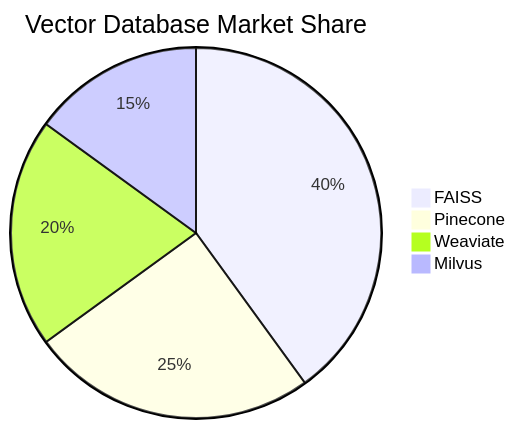
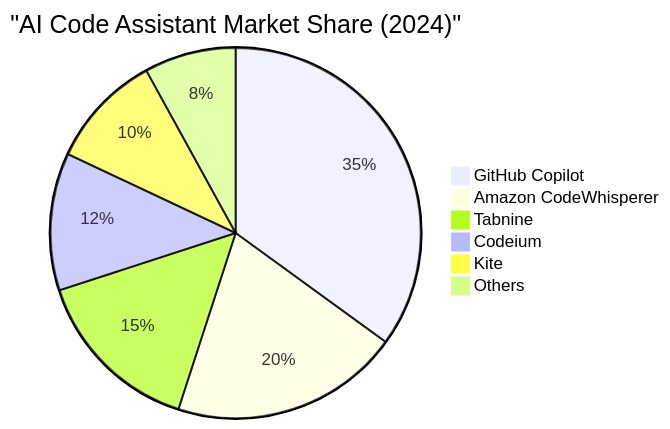
One commit to vgiri2015/ai-agentic-rag-job-market-analysis changed the first of 5 diagrams in data/final_report.md. Above: the diagram before and after it, drawn with Mermaid. The commit also changed other lines of this file and 1 other file, not shown here.

First line of the commit message:
feat: Added AI code assistance and business domain adoption analysis with visualizations

````diff
--- a/data/final_report.md
+++ b/data/final_report.md
@@ -177,8 +49,9 @@
 ```mermaid
-pie
-    title Vector Database Market Share
-    "FAISS" : 40
-    "Pinecone" : 25
-    "Weaviate" : 20
-    "Milvus" : 15
+pie title "AI Code Assistant Market Share (2024)"
+    "GitHub Copilot" : 35
+    "Amazon CodeWhisperer" : 20
+    "Tabnine" : 15
+    "Codeium" : 12
+    "Kite" : 10
+    "Others" : 8
 ```
````
